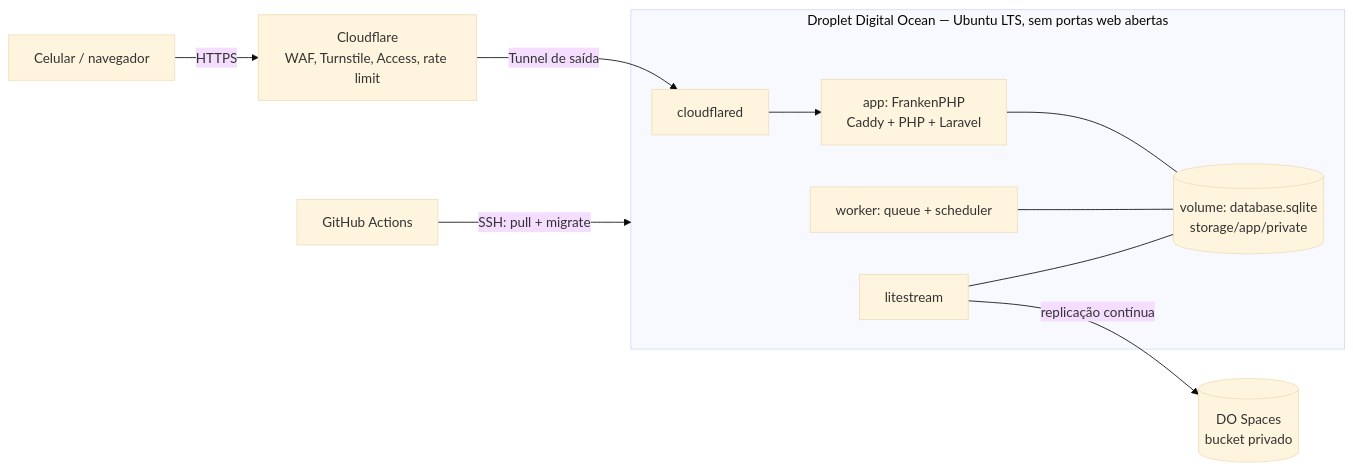
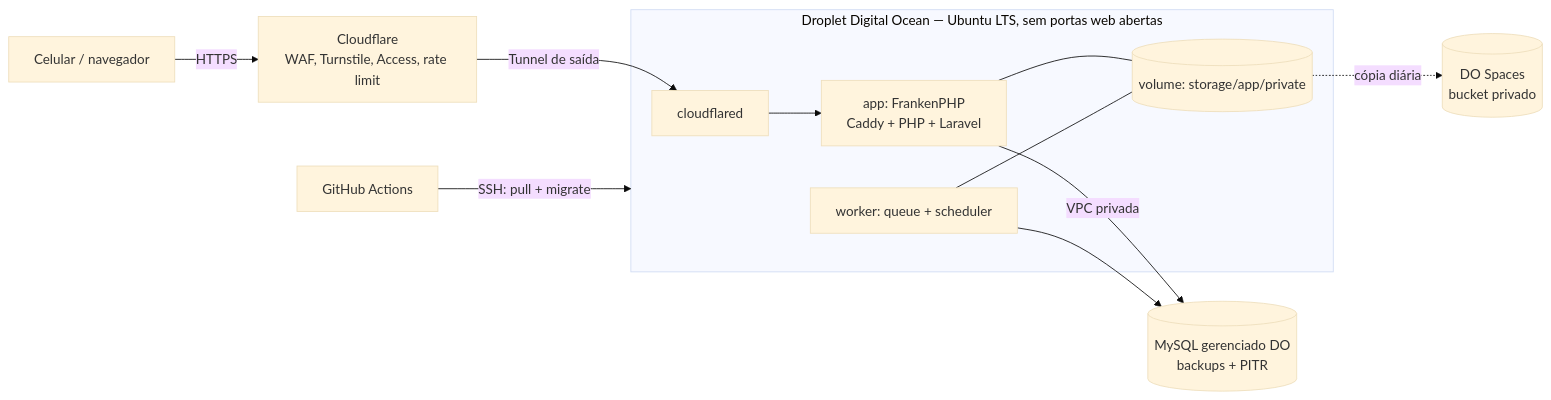
Before and after one commit to felipealvesprestes/controle: the diagram in docs/operacao/deploy.md, drawn with Mermaid (base theme). The commit also changed other lines of this file and 12 other files, not shown here.

````diff
--- a/docs/operacao/deploy.md
+++ b/docs/operacao/deploy.md
@@ -7,17 +7,17 @@
 ```mermaid
 flowchart LR
     U[Celular / navegador] -->|HTTPS| CF[Cloudflare<br/>WAF, Turnstile, Access, rate limit]
     CF -->|Tunnel de saída| T
     subgraph D[Droplet Digital Ocean — Ubuntu LTS, sem portas web abertas]
         T[cloudflared] --> C
         C[app: FrankenPHP<br/>Caddy + PHP + Laravel]
         W[worker: queue + scheduler]
-        L[litestream]
-        V[(volume: database.sqlite<br/>storage/app/private)]
+        V[(volume: storage/app/private)]
         C --- V
         W --- V
-        L --- V
     end
-    L -->|replicação contínua| S[(DO Spaces<br/>bucket privado)]
+    C -->|VPC privada| M[(MySQL gerenciado DO<br/>backups + PITR)]
+    W --> M
+    V -.->|cópia diária| S[(DO Spaces<br/>bucket privado)]
     G[GitHub Actions] -->|SSH: pull + migrate| D
 ```
````
